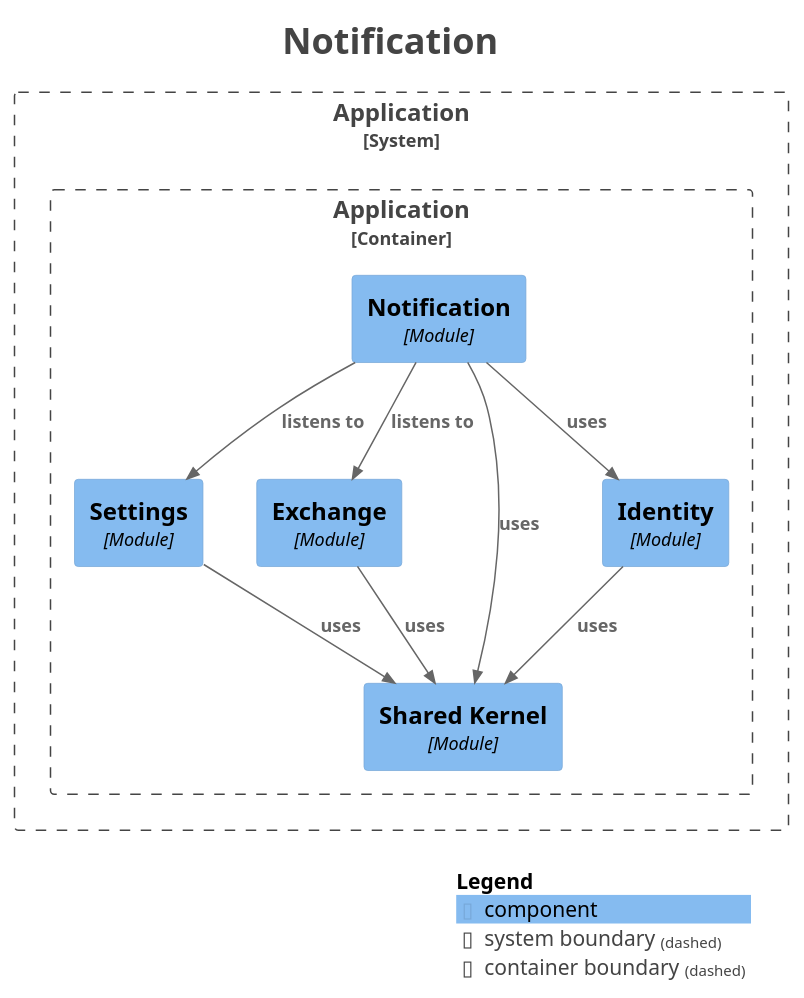
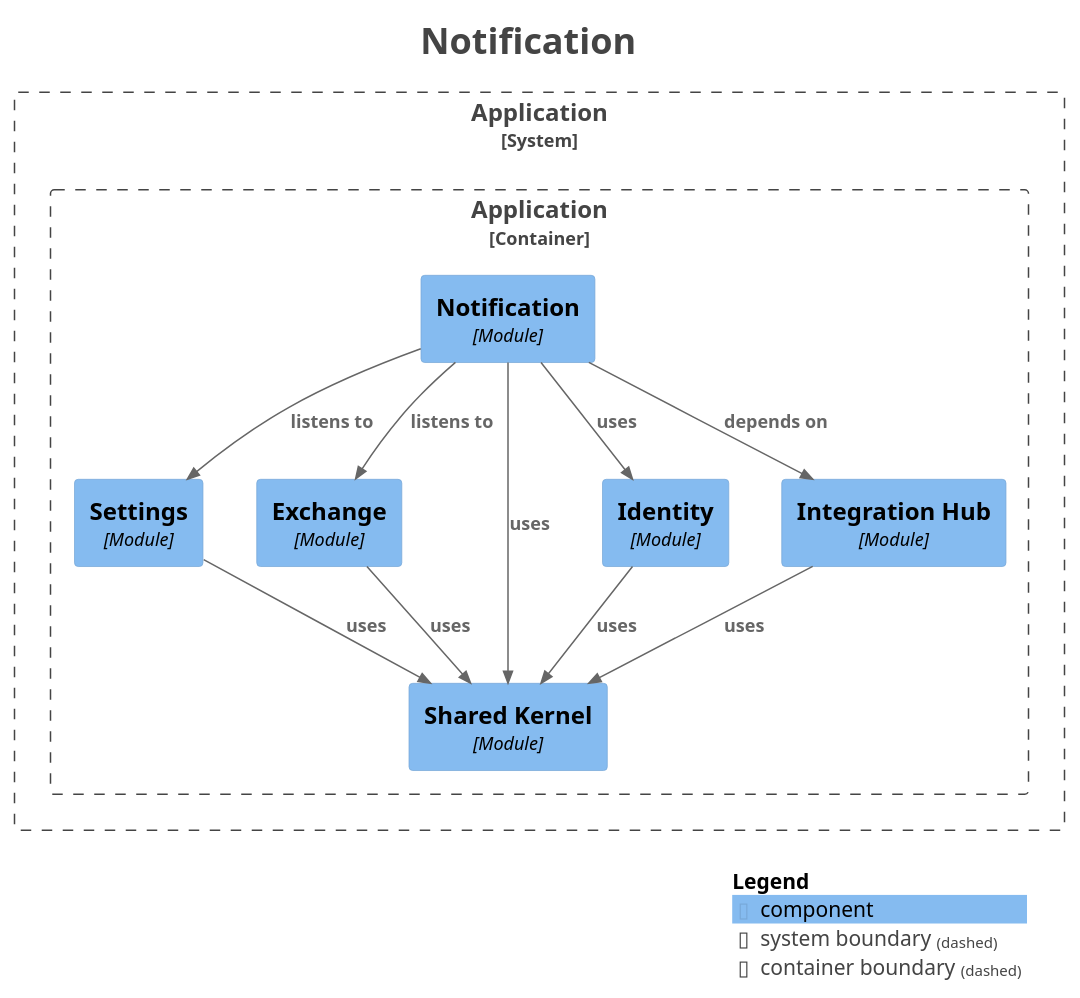
One commit to Paul-Ayesiga/enterprise-modulith-template changed the diagram in docs/modulith/module-notification.puml. Above: the diagram before and after it, drawn with PlantUML. The commit also changed 39 other files, not shown here.

First line of the commit message:
feat(integration): the integration hub — provider configs, encrypted (V33, P5)

```diff
--- a/docs/modulith/module-notification.puml
+++ b/docs/modulith/module-notification.puml
@@ -1,39 +1,42 @@
 @startuml
 title <size:24>Notification</size>
 
 set separator none
 top to bottom direction
 
 <style>
   root {
     BackgroundColor: #ffffff
     FontColor: #444444
   }
 </style>
 
 !include <C4/C4>
 !include <C4/C4_Context>
 !include <C4/C4_Component>
 
 System_Boundary("Application_boundary", "Application", $tags="") {
   Container_Boundary("Application.Application_boundary", "Application", $tags="") {
     Component(Application.Application.Settings, "Settings", $techn="Module", $descr="", $tags="", $link="")
     Component(Application.Application.Exchange, "Exchange", $techn="Module", $descr="", $tags="", $link="")
     Component(Application.Application.Notification, "Notification", $techn="Module", $descr="", $tags="", $link="")
     Component(Application.Application.SharedKernel, "Shared Kernel", $techn="Module", $descr="", $tags="", $link="")
     Component(Application.Application.Identity, "Identity", $techn="Module", $descr="", $tags="", $link="")
+    Component(Application.Application.IntegrationHub, "Integration Hub", $techn="Module", $descr="", $tags="", $link="")
   }
 
 }
 
 Rel(Application.Application.Identity, Application.Application.SharedKernel, "uses", $techn="", $tags="", $link="")
 Rel(Application.Application.Exchange, Application.Application.SharedKernel, "uses", $techn="", $tags="", $link="")
-Rel(Application.Application.Settings, Application.Application.SharedKernel, "uses", $techn="", $tags="", $link="")
 Rel(Application.Application.Notification, Application.Application.Exchange, "listens to", $techn="", $tags="", $link="")
 Rel(Application.Application.Notification, Application.Application.Settings, "listens to", $techn="", $tags="", $link="")
+Rel(Application.Application.Notification, Application.Application.IntegrationHub, "depends on", $techn="", $tags="", $link="")
 Rel(Application.Application.Notification, Application.Application.SharedKernel, "uses", $techn="", $tags="", $link="")
 Rel(Application.Application.Notification, Application.Application.Identity, "uses", $techn="", $tags="", $link="")
+Rel(Application.Application.Settings, Application.Application.SharedKernel, "uses", $techn="", $tags="", $link="")
+Rel(Application.Application.IntegrationHub, Application.Application.SharedKernel, "uses", $techn="", $tags="", $link="")
 
 SHOW_LEGEND(true)
 hide stereotypes
 @enduml
```
